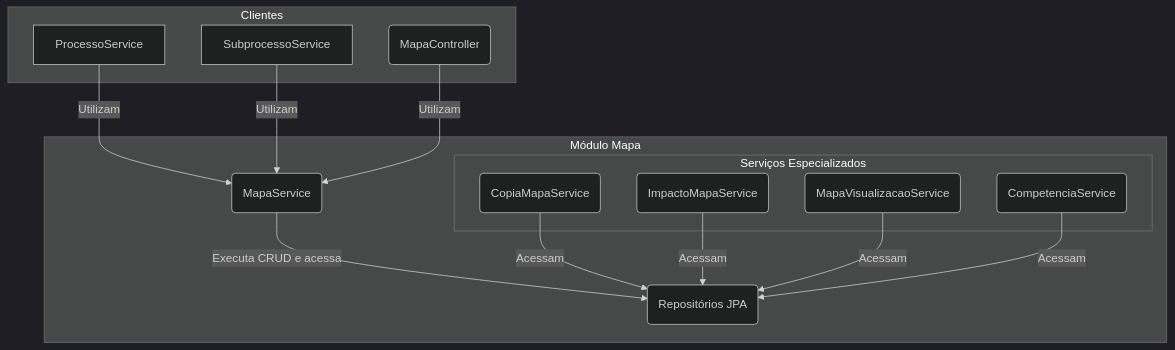
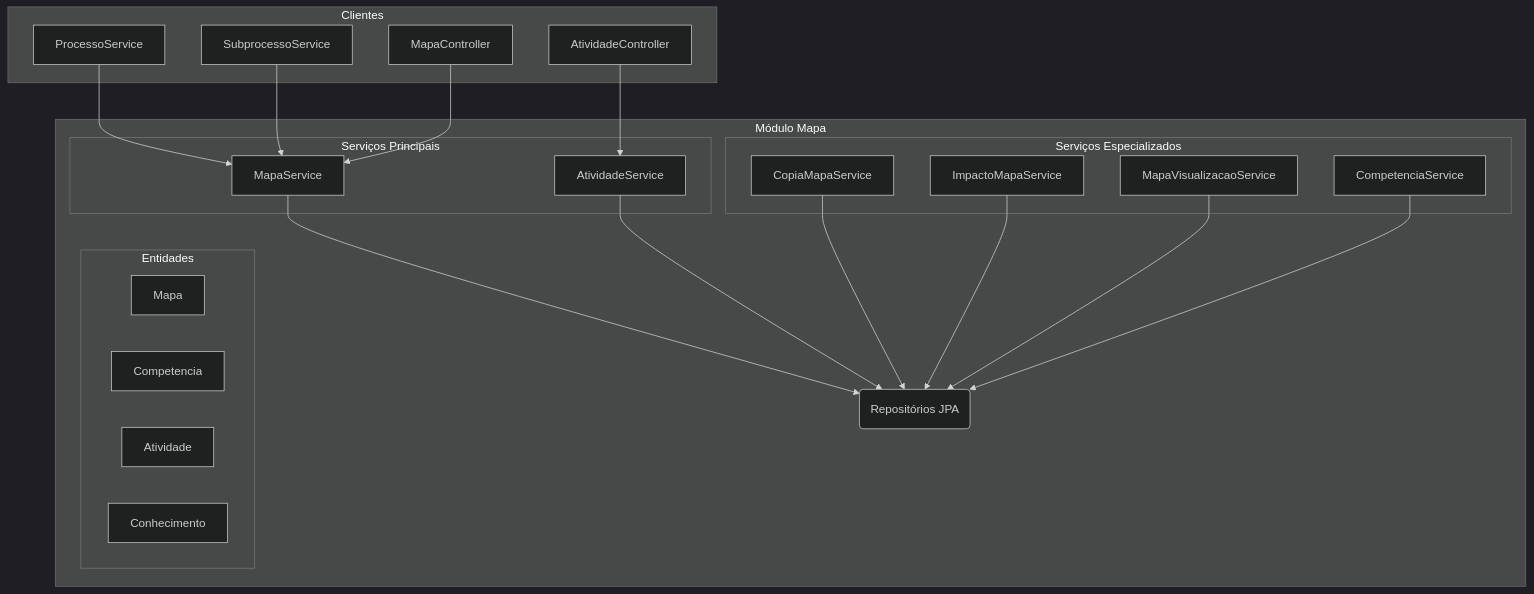
One commit to lgalvao/sgc changed the diagram in backend/src/main/java/sgc/mapa/README.md. Above: the diagram before and after it, drawn with Mermaid (dark theme). The commit also changed other lines of this file and 63 other files, not shown here.

Commit message:
refactor: update Atividade imports to use sgc.mapa.model package

````diff
--- a/backend/src/main/java/sgc/mapa/README.md
+++ b/backend/src/main/java/sgc/mapa/README.md
@@ -16,27 +12,39 @@
 ```mermaid
 graph TD
     subgraph "Clientes"
         ProcessoService
         SubprocessoService
-        Controle(MapaController)
+        MapaController
+        AtividadeController
     end
 
     subgraph "Módulo Mapa"
-        Facade(MapaService)
+        subgraph "Serviços Principais"
+            MapaService
+            AtividadeService
+        end
 
         subgraph "Serviços Especializados"
-            Copia(CopiaMapaService)
-            Impacto(ImpactoMapaService)
-            Visualizacao(MapaVisualizacaoService)
-            Competencia(CompetenciaService)
+            CopiaMapaService
+            ImpactoMapaService
+            MapaVisualizacaoService
+            CompetenciaService
+        end
+
+        subgraph "Entidades"
+            Mapa
+            Competencia
+            Atividade
+            Conhecimento
         end
 
         Repos(Repositórios JPA)
     end
 
-    ProcessoService & SubprocessoService & Controle -- Utilizam --> Facade
+    ProcessoService & SubprocessoService --> MapaService
+    MapaController --> MapaService
+    AtividadeController --> AtividadeService
 
-    Facade -- Executa CRUD e acessa --> Repos
-
-    Copia & Impacto & Visualizacao & Competencia -- Acessam --> Repos
+    MapaService & AtividadeService --> Repos
+    CopiaMapaService & ImpactoMapaService & MapaVisualizacaoService & CompetenciaService --> Repos
 ```
````
